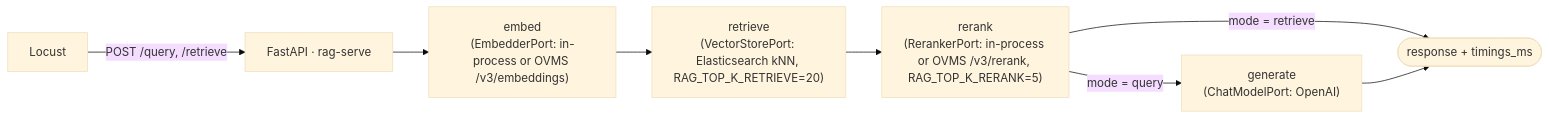
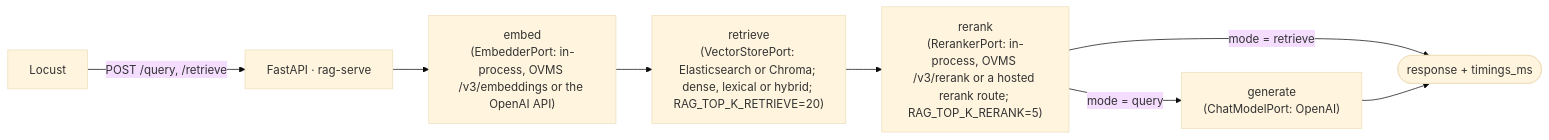
Before and after one commit to msobroza/rag_topology_loadtest: the diagram in README.md, drawn with Mermaid (base theme). The commit also changed other lines of this file and 120 other files, not shown here.

````diff
--- a/README.md
+++ b/README.md
@@ -23,10 +29,10 @@
 ```mermaid
 flowchart LR
     L[Locust] -->|POST /query, /retrieve| API[FastAPI · rag-serve]
-    API --> E["embed<br/>(EmbedderPort: in-process or OVMS /v3/embeddings)"]
-    E --> R["retrieve<br/>(VectorStorePort: Elasticsearch kNN, RAG_TOP_K_RETRIEVE=20)"]
-    R --> K["rerank<br/>(RerankerPort: in-process or OVMS /v3/rerank, RAG_TOP_K_RERANK=5)"]
+    API --> E["embed<br/>(EmbedderPort: in-process, OVMS /v3/embeddings or the OpenAI API)"]
+    E --> R["retrieve<br/>(VectorStorePort: Elasticsearch or Chroma; dense, lexical or hybrid; RAG_TOP_K_RETRIEVE=20)"]
+    R --> K["rerank<br/>(RerankerPort: in-process, OVMS /v3/rerank or a hosted rerank route; RAG_TOP_K_RERANK=5)"]
     K -->|mode = query| G["generate<br/>(ChatModelPort: OpenAI)"]
     K -->|mode = retrieve| Z([response + timings_ms])
     G --> Z
 ```
````
